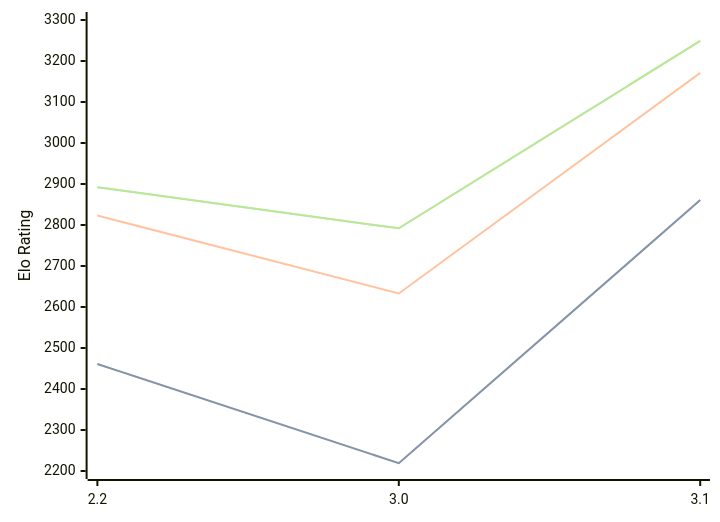
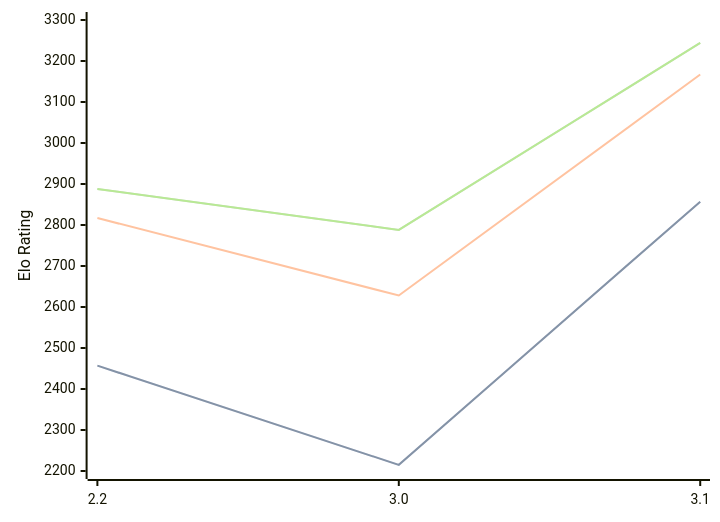
Before and after one commit to computer-chess-index/cci: the first of 3 diagrams in engines/Thrawn.md, drawn with Mermaid. The commit also changed other lines of this file, not shown here.

Commit message:
Update CCI Ratings (ELO VLTC) - 2026-07-16

````diff
--- a/engines/Thrawn.md
+++ b/engines/Thrawn.md
@@ -41,11 +41,11 @@
 ```mermaid
 %%{init: {"theme":"base","themeVariables":{"seriesColors:['#a3a3a3','#222221','#faa371']}}}%%
 xychart-beta
   x-axis ["2.2", "3.0", "3.1"]
   y-axis "Elo Rating" 2200 --> 3300
-  line "STC (8.0+0.08s)" [2461, 2219, 2861]
-  line "STC (8.0+0.08s)" [2461, 2219, 2861]
-  line "LTC (60.0+0.60s)" [2823, 2633, 3171]
-  line "VLTC (2m24s+1.12s)" [2892, 2792, 3249]
-  line "VLTC (2m24s+1.12s)" [2892, 2792, 3249]
+  line "STC (8.0+0.08s)" [2457, 2215, 2857]
+  line "STC (8.0+0.08s)" [2457, 2215, 2857]
+  line "LTC (60.0+0.60s)" [2817, 2628, 3167]
+  line "VLTC (2m24s+1.12s)" [2888, 2788, 3244]
+  line "VLTC (2m24s+1.12s)" [2888, 2788, 3244]
 ```
````
